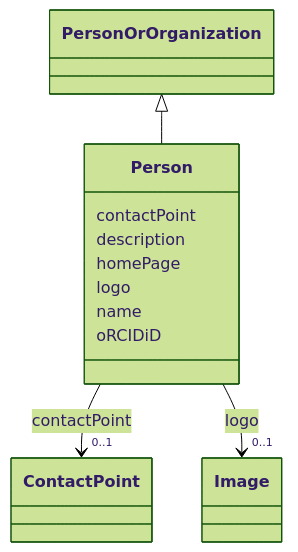
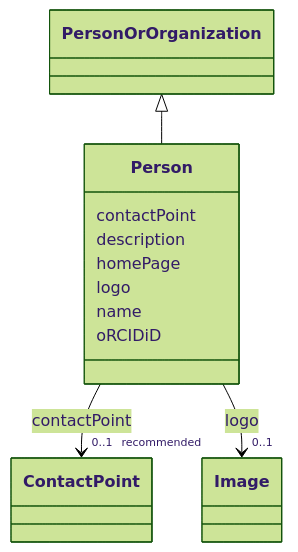
One commit to EVORA-project/evora-ontology changed the diagram in models/docs/Person.md. Above: the diagram before and after it, drawn with Mermaid (forest theme). The commit also changed other lines of this file and 1187 other files, not shown here.

````diff
--- a/models/docs/Person.md
+++ b/models/docs/Person.md
@@ -19,35 +19,35 @@
 ```mermaid
  classDiagram
     class Person
     click Person href "../Person"
       PersonOrOrganization <|-- Person
         click PersonOrOrganization href "../PersonOrOrganization"
       
       Person : contactPoint
         
           
     
     
-    Person --> "0..1" ContactPoint : contactPoint
+    Person --> "0..1 _recommended_" ContactPoint : contactPoint
     click ContactPoint href "../ContactPoint"
 
         
       Person : description
         
       Person : homePage
         
       Person : logo
         
           
     
     
     Person --> "0..1" Image : logo
     click Image href "../Image"
 
         
       Person : name
         
       Person : oRCIDiD
         
       
 ```
````
